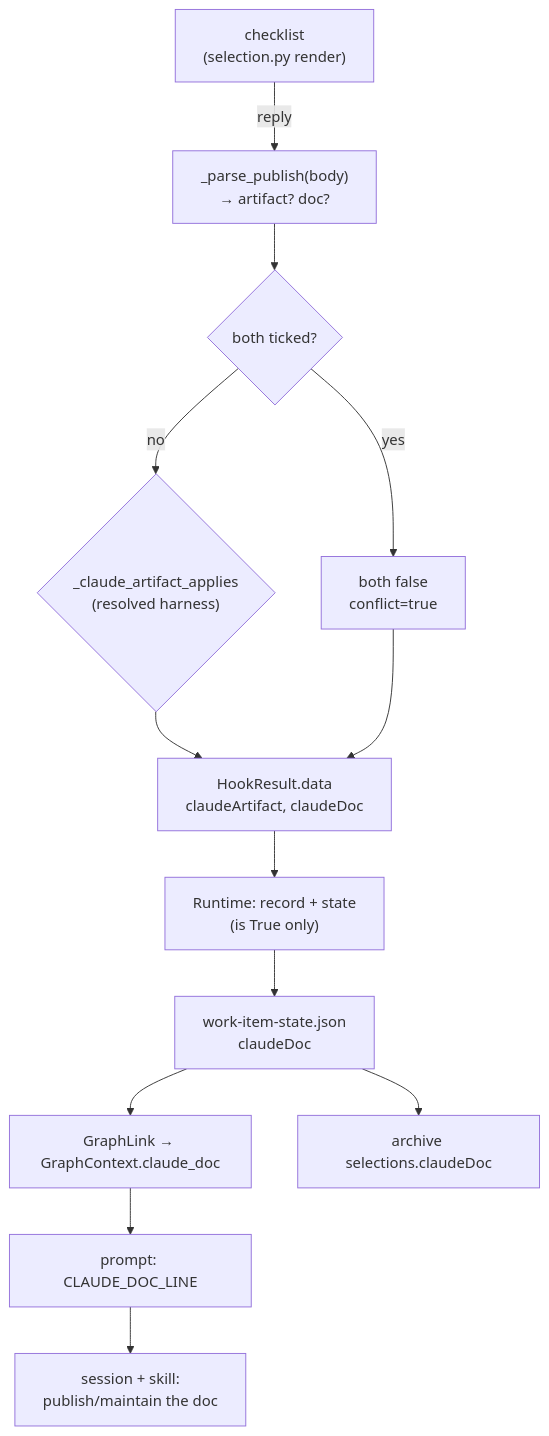
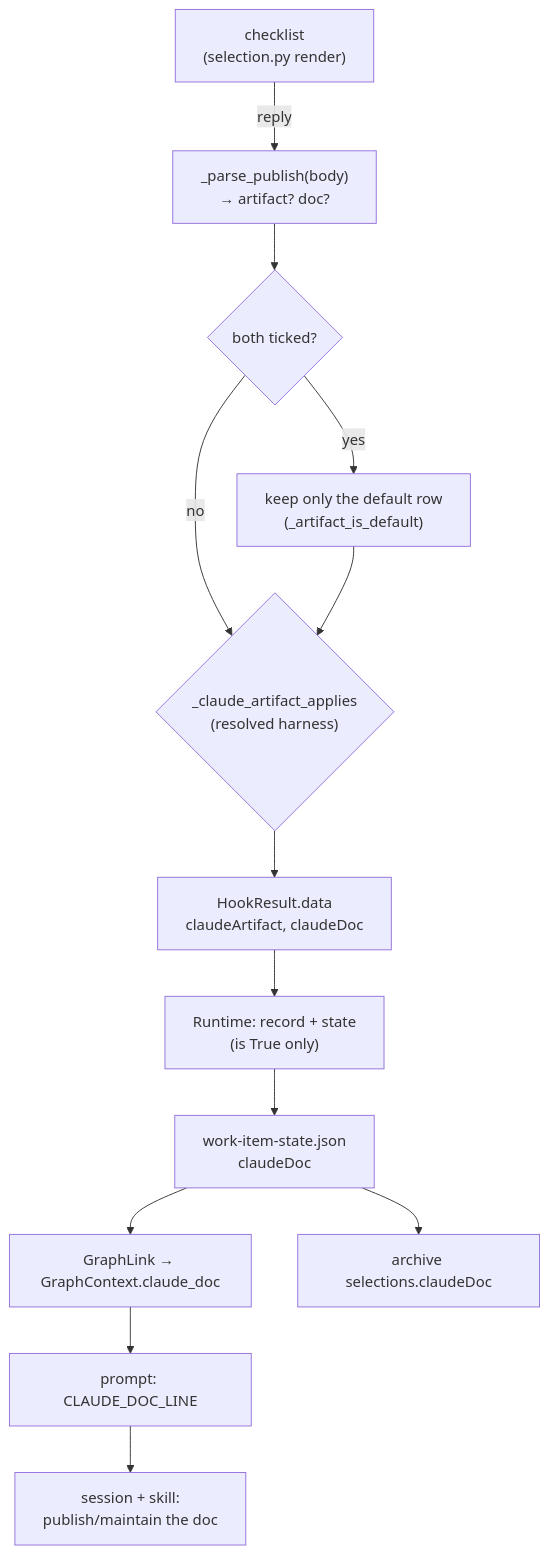
Before and after one commit to MadaraUchiha-314/the-loop: the diagram in docs/specs/issue-536/design.md, drawn with Mermaid. The commit also changed other lines of this file and 20 other files, not shown here.

First line of the commit message:
feat(issue-536): both rows ticked resolves to the section's default

````diff
--- a/docs/specs/issue-536/design.md
+++ b/docs/specs/issue-536/design.md
@@ -30,15 +31,15 @@
 ```mermaid
 flowchart TD
   CL["checklist<br/>(selection.py render)"] -->|reply| P["_parse_publish(body)<br/>→ artifact? doc?"]
   P --> X{"both ticked?"}
-  X -- yes --> N["both false<br/>conflict=true"]
+  X -- yes --> N["keep only the default row<br/>(_artifact_is_default)"]
   X -- no --> H{"_claude_artifact_applies<br/>(resolved harness)"}
+  N --> H
   H --> HR["HookResult.data<br/>claudeArtifact, claudeDoc"]
-  N --> HR
   HR --> RT["Runtime: record + state<br/>(is True only)"]
   RT --> ST["work-item-state.json<br/>claudeDoc"]
   ST --> GL["GraphLink → GraphContext.claude_doc"]
   GL --> PR["prompt: CLAUDE_DOC_LINE"]
   ST --> AR["archive selections.claudeDoc"]
   PR --> S["session + skill:<br/>publish/maintain the doc"]
 ```
````
